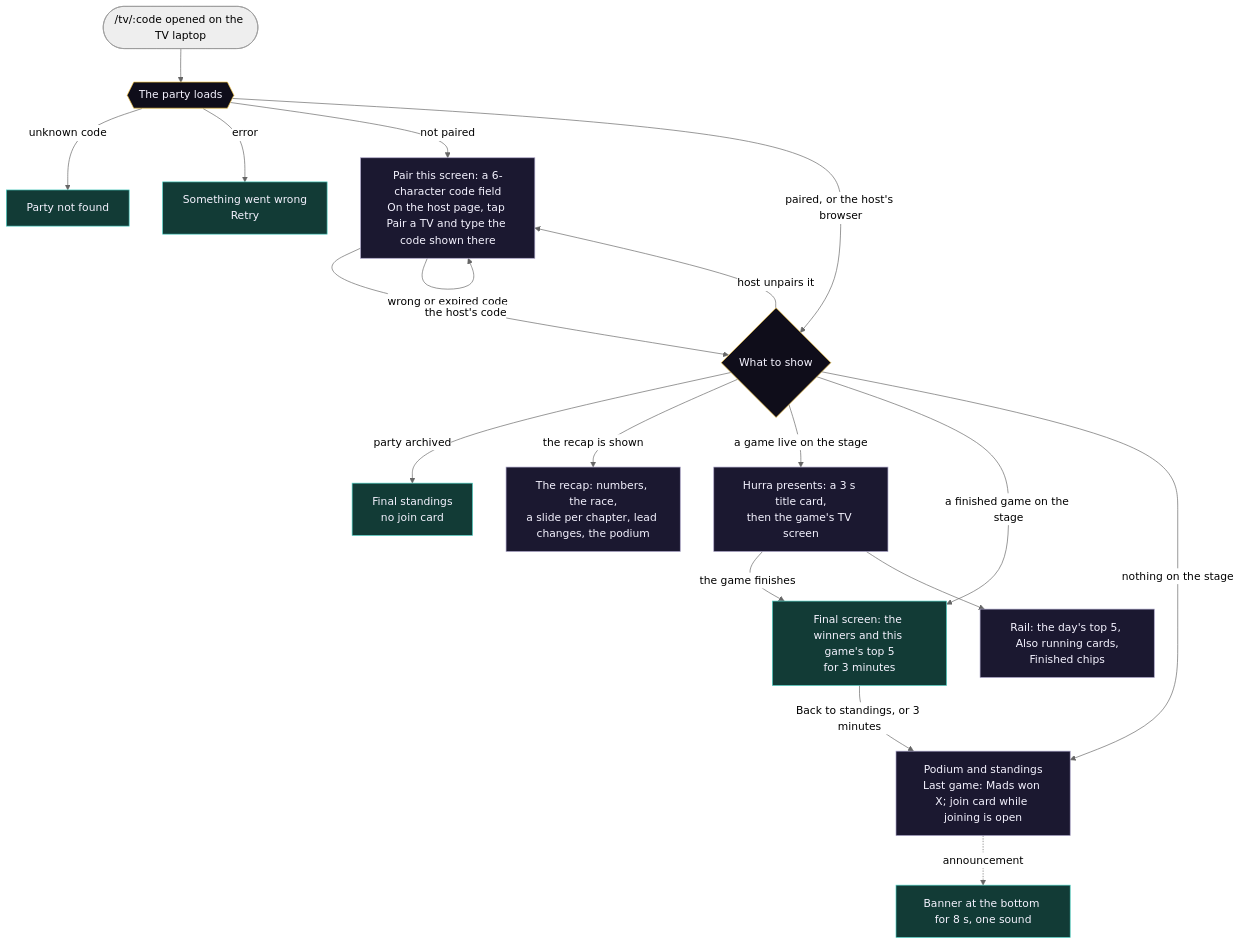
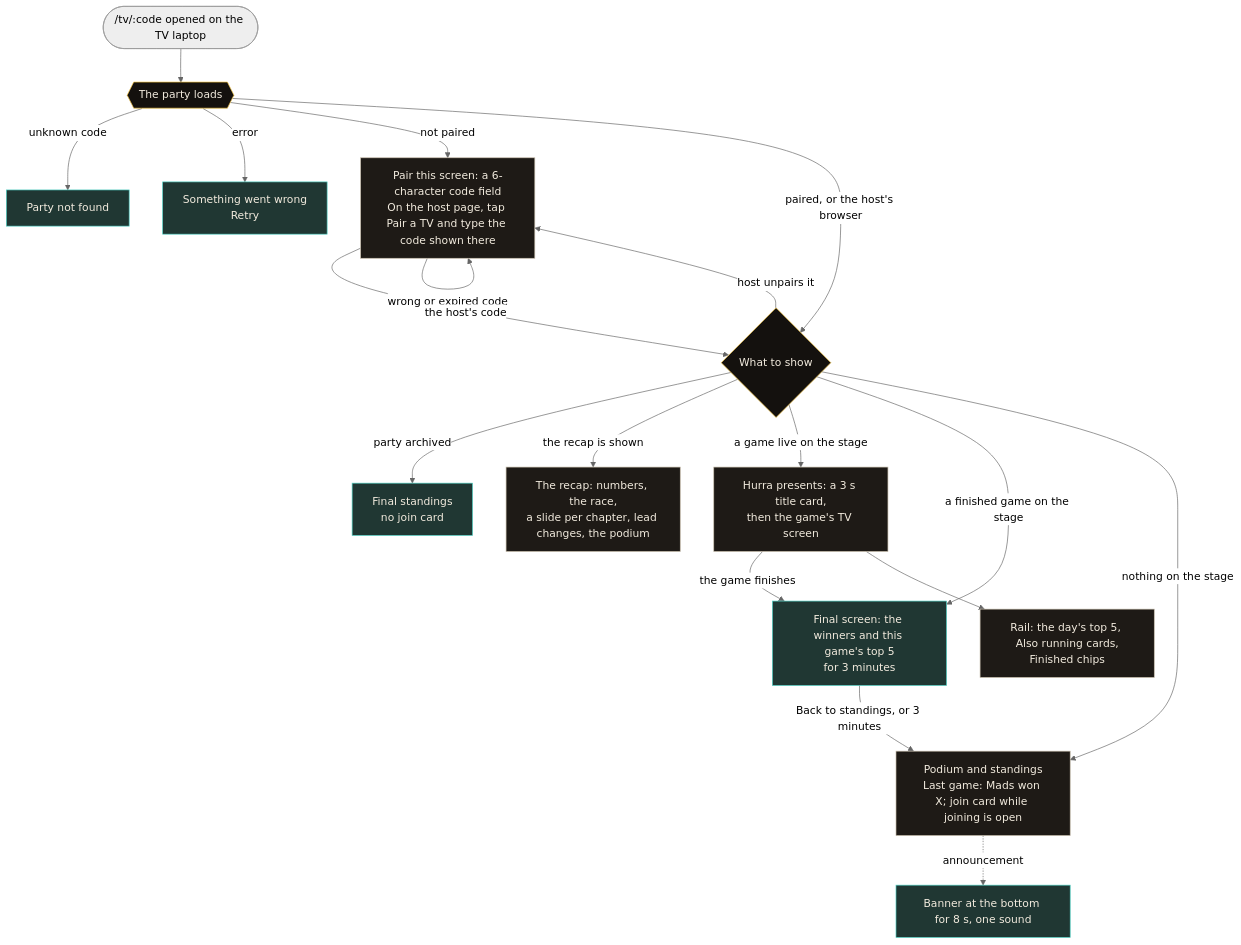
Before and after one commit to NicolaiLassen/hurra: diagram 11 of 14 in docs/user-flows.md, drawn with Mermaid (neutral theme). The commit also changed other lines of this file and 6 other files, not shown here.

````diff
--- a/docs/user-flows.md
+++ b/docs/user-flows.md
@@ -345,24 +345,24 @@
 ```mermaid
 flowchart TD
-  classDef screen fill:#1b1830,stroke:#a9a3c7,color:#f5f3ff
-  classDef gate fill:#0f0d1a,stroke:#f5c542,color:#f5f3ff
-  classDef closed fill:#123b36,stroke:#4fd1c5,color:#f5f3ff
+  classDef screen fill:#1e1a16,stroke:#c9bfae,color:#f2ebde
+  classDef gate fill:#14110e,stroke:#f5c542,color:#f2ebde
+  classDef closed fill:#203733,stroke:#4fd1c5,color:#f2ebde
 
   OPEN(["/tv/:code opened on the TV laptop"]) --> TVL{{"The party loads"}}:::gate
   TVL -- "unknown code" --> PNF["Party not found"]:::closed
   TVL -- "error" --> TVE["Something went wrong<br/>Retry"]:::closed
   TVL -- "not paired" --> PAIR["Pair this screen: a 6-character code field<br/>On the host page, tap Pair a TV and type the code shown there"]:::screen
   PAIR -- "wrong or expired code" --> PAIR
   PAIR -- "the host's code" --> MODE
   TVL -- "paired, or the host's browser" --> MODE{"What to show"}:::gate
   MODE -- "party archived" --> FINAL["Final standings<br/>no join card"]:::closed
   MODE -- "the recap is shown" --> RECAP["The recap: numbers, the race,<br/>a slide per chapter, lead changes, the podium"]:::screen
   MODE -- "a game live on the stage" --> TAKE["Hurra presents: a 3 s title card,<br/>then the game's TV screen"]:::screen
   MODE -- "a finished game on the stage" --> FIN["Final screen: the winners and this game's top 5<br/>for 3 minutes"]:::closed
   MODE -- "nothing on the stage" --> POD["Podium and standings<br/>Last game: Mads won X; join card while joining is open"]:::screen
   TAKE -- "the game finishes" --> FIN
   FIN -- "Back to standings, or 3 minutes" --> POD
   TAKE --> RAIL["Rail: the day's top 5, Also running cards,<br/>Finished chips"]:::screen
   MODE -- "host unpairs it" --> PAIR
   POD -. "announcement" .-> BAN["Banner at the bottom for 8 s, one sound"]:::closed
 ```
````
